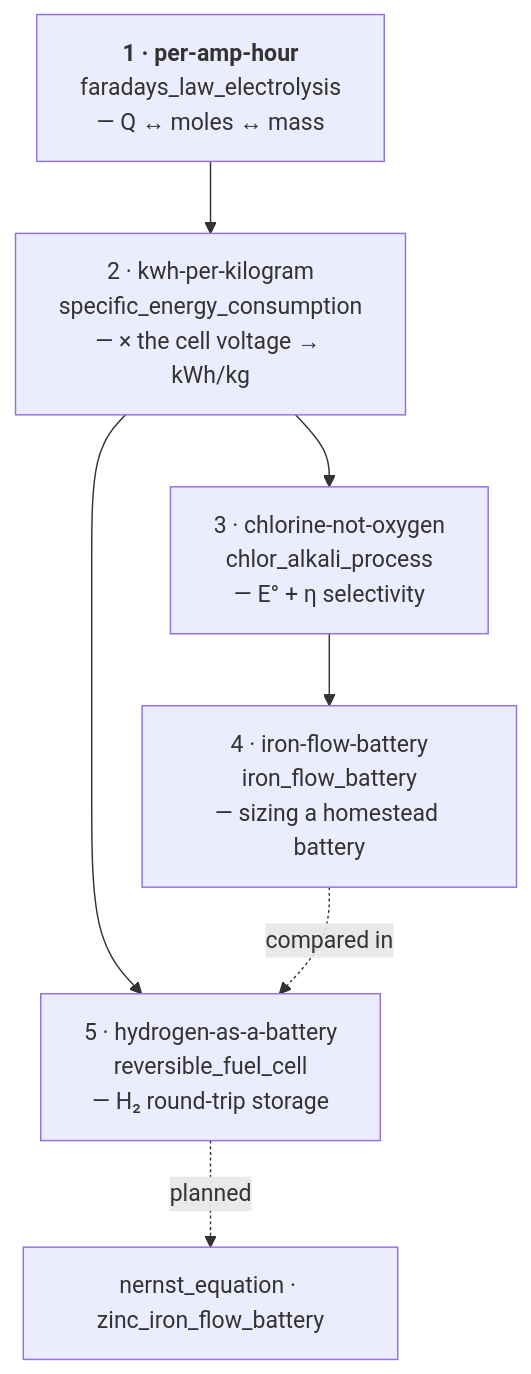
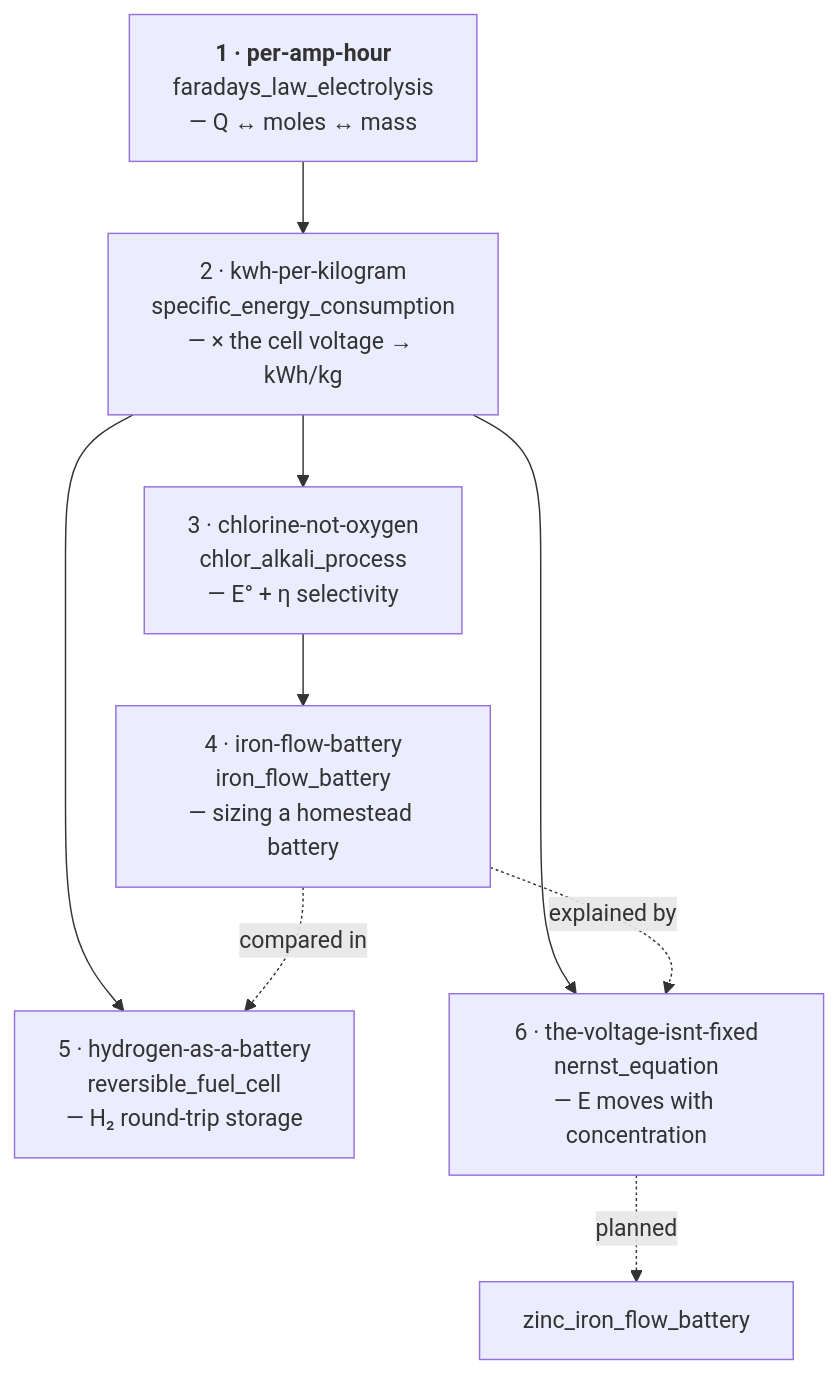
The diagram in skills/chemistry-electrochemistry/tutorial/README.md (sj4nes/clanker-tools), drawn with Mermaid before and after one commit. The commit also changed other lines of this file and 2 other files, not shown here.

````diff
--- a/skills/chemistry-electrochemistry/tutorial/README.md
+++ b/skills/chemistry-electrochemistry/tutorial/README.md
@@ -16,12 +16,15 @@
 ```mermaid
 flowchart TD
     T1["<b>1 · per-amp-hour</b><br/>faradays_law_electrolysis<br/>— Q ↔ moles ↔ mass"]
     T2["2 · kwh-per-kilogram<br/>specific_energy_consumption<br/>— × the cell voltage → kWh/kg"]
     T3["3 · chlorine-not-oxygen<br/>chlor_alkali_process<br/>— E° + η selectivity"]
     T4["4 · iron-flow-battery<br/>iron_flow_battery<br/>— sizing a homestead battery"]
     T5["5 · hydrogen-as-a-battery<br/>reversible_fuel_cell<br/>— H₂ round-trip storage"]
+    T6["6 · the-voltage-isnt-fixed<br/>nernst_equation<br/>— E moves with concentration"]
     T1 --> T2 --> T3 --> T4
     T2 --> T5
+    T2 --> T6
     T4 -.compared in.-> T5
-    T5 -.planned.-> T6["nernst_equation · zinc_iron_flow_battery"]
+    T4 -.explained by.-> T6
+    T6 -.planned.-> T7["zinc_iron_flow_battery"]
 ```
````
